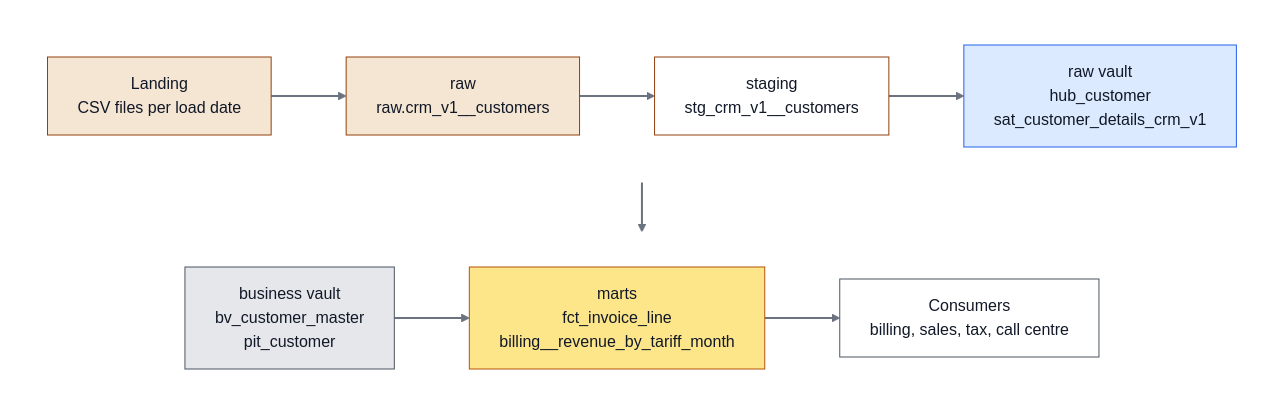
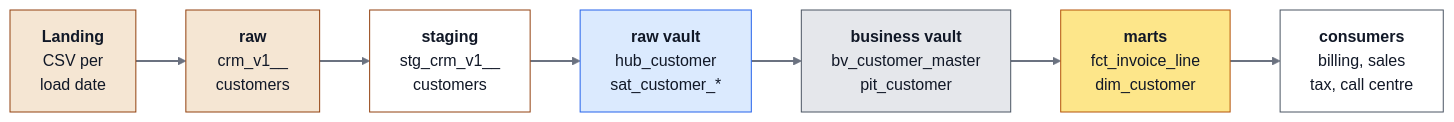
The first of 5 diagrams in README.md (aglivin/vault-lakehouse-migration), drawn with Mermaid (base theme) before and after one commit.

Commit message:
docs: compact one-row data flow diagram

````diff
--- a/README.md
+++ b/README.md
@@ -27,27 +27,17 @@
 ```mermaid
-flowchart TB
-    subgraph R1[" "]
-        direction LR
-        LAND["Landing<br/>CSV files per load date"] --> RAWT["raw<br/>raw.crm_v1__customers"] --> STG["staging<br/>stg_crm_v1__customers"] --> RV["raw vault<br/>hub_customer<br/>sat_customer_details_crm_v1"]
-    end
-    subgraph R2[" "]
-        direction LR
-        BV["business vault<br/>bv_customer_master<br/>pit_customer"] --> MT["marts<br/>fct_invoice_line<br/>billing__revenue_by_tariff_month"] --> CONS["Consumers<br/>billing, sales, tax, call centre"]
-    end
-    RV --> BV
+flowchart LR
+    LAND["<b>Landing</b><br/>CSV per<br/>load date"] --> RAWT["<b>raw</b><br/>crm_v1__<br/>customers"] --> STG["<b>staging</b><br/>stg_crm_v1__<br/>customers"] --> RV["<b>raw vault</b><br/>hub_customer<br/>sat_customer_*"] --> BV["<b>business vault</b><br/>bv_customer_master<br/>pit_customer"] --> MT["<b>marts</b><br/>fct_invoice_line<br/>dim_customer"] --> CONS["<b>consumers</b><br/>billing, sales<br/>tax, call centre"]
     classDef raw fill:#f5e6d3,stroke:#92400e,color:#111827
     classDef stg fill:#ffffff,stroke:#92400e,color:#111827
     classDef hub fill:#dbeafe,stroke:#2563eb,color:#111827
     classDef bv fill:#e5e7eb,stroke:#4b5563,color:#111827
     classDef mart fill:#fde68a,stroke:#b45309,color:#111827
     classDef user fill:#ffffff,stroke:#4b5563,color:#111827
     class LAND,RAWT raw
     class STG stg
     class RV hub
     class BV bv
     class MT mart
     class CONS user
-    style R1 fill:#ffffff,stroke:#ffffff
-    style R2 fill:#ffffff,stroke:#ffffff
     linkStyle default stroke:#6b7280,stroke-width:2px
 ```
````
